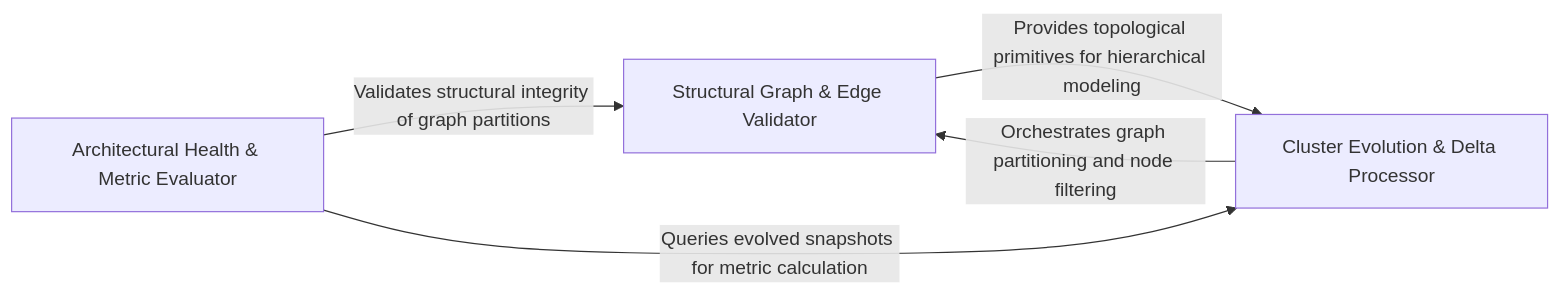
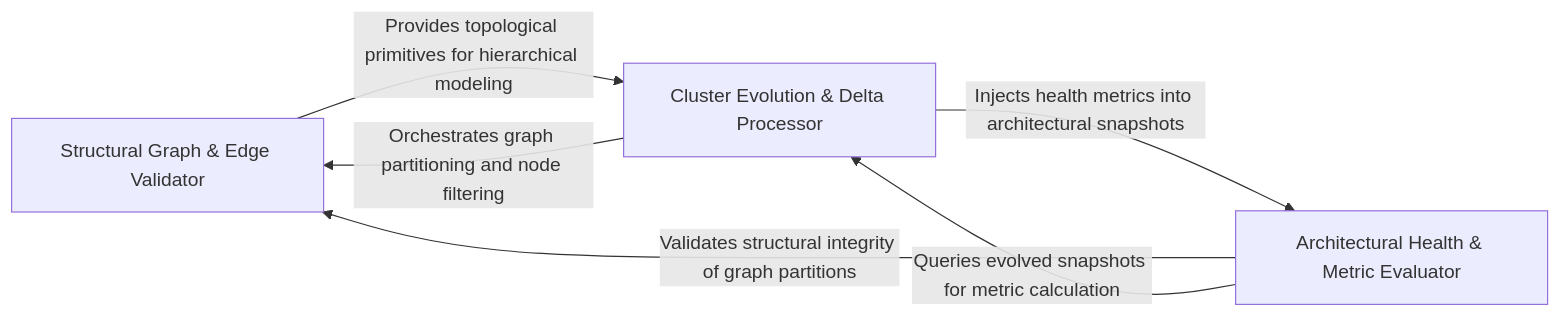
One commit to CodeBoarding/CodeBoarding changed the diagram in .codeboarding/Delta_Calculation_Cluster_Evolution_Engine.md. Above: the diagram before and after it, drawn with Mermaid. The commit also changed other lines of this file and 21 other files, not shown here.

Commit message:
chore(codeboarding): sync architecture baseline

````diff
--- a/.codeboarding/Delta_Calculation_Cluster_Evolution_Engine.md
+++ b/.codeboarding/Delta_Calculation_Cluster_Evolution_Engine.md
@@ -1,12 +1,13 @@
 ```mermaid
 graph LR
     Structural_Graph_Edge_Validator["Structural Graph & Edge Validator"]
     Cluster_Evolution_Delta_Processor["Cluster Evolution & Delta Processor"]
     Architectural_Health_Metric_Evaluator["Architectural Health & Metric Evaluator"]
     Structural_Graph_Edge_Validator -- "Provides topological primitives for hierarchical modeling" --> Cluster_Evolution_Delta_Processor
+    Cluster_Evolution_Delta_Processor -- "Injects health metrics into architectural snapshots" --> Architectural_Health_Metric_Evaluator
     Cluster_Evolution_Delta_Processor -- "Orchestrates graph partitioning and node filtering" --> Structural_Graph_Edge_Validator
     Architectural_Health_Metric_Evaluator -- "Validates structural integrity of graph partitions" --> Structural_Graph_Edge_Validator
     Architectural_Health_Metric_Evaluator -- "Queries evolved snapshots for metric calculation" --> Cluster_Evolution_Delta_Processor
     click Cluster_Evolution_Delta_Processor href "https://github.com/CodeBoarding/CodeBoarding/blob/main/.codeboarding/Cluster_Evolution_Delta_Processor.md" "Details"
     click Architectural_Health_Metric_Evaluator href "https://github.com/CodeBoarding/CodeBoarding/blob/main/.codeboarding/Architectural_Health_Metric_Evaluator.md" "Details"
 ```
````
